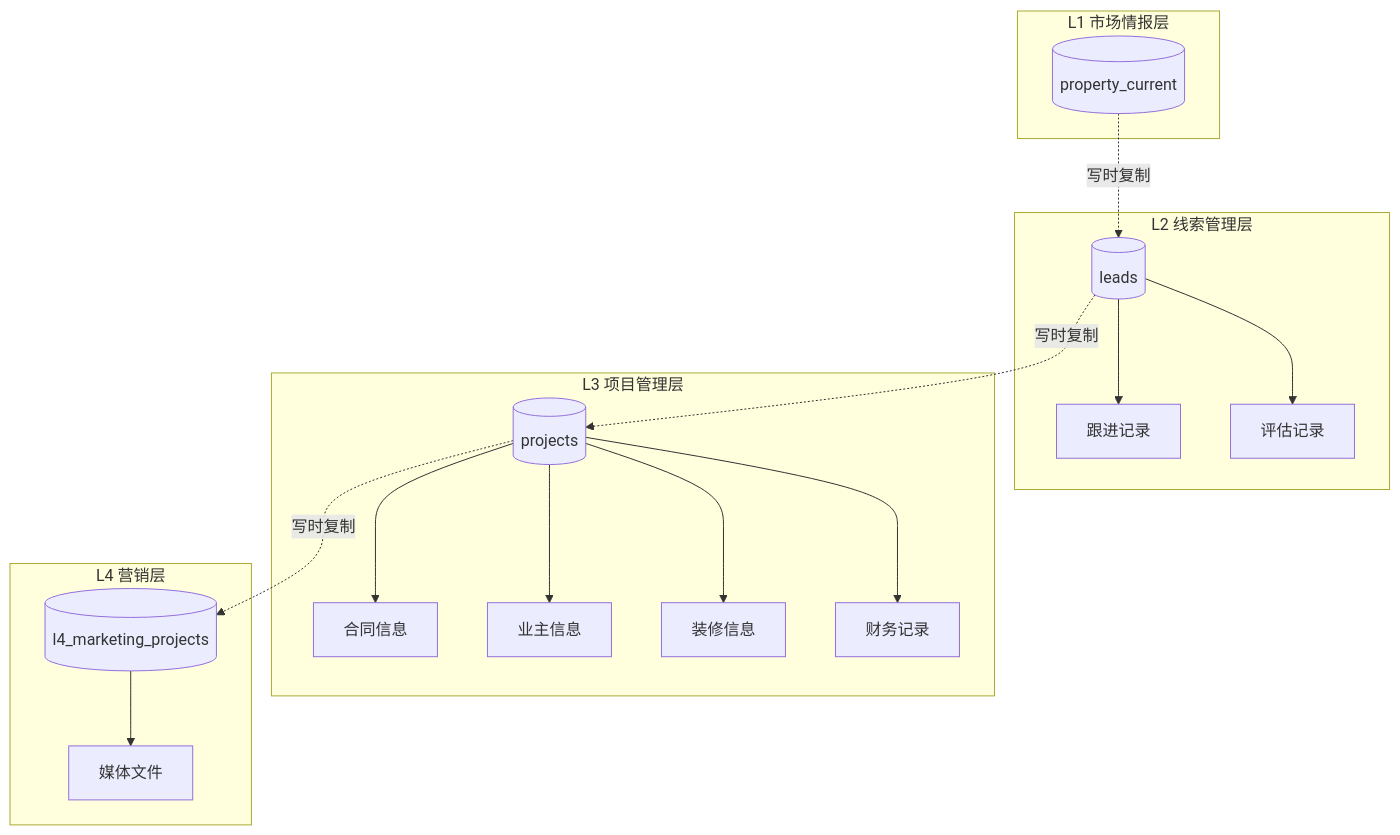
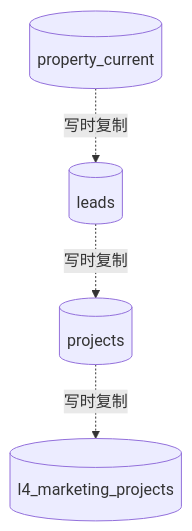
The eighth of 8 diagrams in README.md (kakaoxy/profo), drawn with Mermaid before and after one commit. The commit also changed other lines of this file, not shown here.

````diff
--- a/README.md
+++ b/README.md
@@ -1594,36 +643,11 @@
 ```mermaid
 graph TB
-    subgraph "L1 市场情报层"
-        L1D[(property_current)]
-    end
+    L1[(property_current)]
+    L2[(leads)]
+    L3[(projects)]
+    L4[(l4_marketing_projects)]
 
-    subgraph "L2 线索管理层"
-        L2D[(leads)]
-        L2F[跟进记录]
-        L2E[评估记录]
-    end
-
-    subgraph "L3 项目管理层"
-        L3D[(projects)]
-        L3C[合同信息]
-        L3O[业主信息]
-        L3R[装修信息]
-        L3F[财务记录]
-    end
-
-    subgraph "L4 营销层"
-        L4D[(l4_marketing_projects)]
-        L4M[媒体文件]
-    end
-
-    L1D -.->|写时复制| L2D
-    L2D --> L2F
-    L2D --> L2E
-    L2D -.->|写时复制| L3D
-    L3D --> L3C
-    L3D --> L3O
-    L3D --> L3R
-    L3D --> L3F
-    L3D -.->|写时复制| L4D
-    L4D --> L4M
+    L1 -.->|写时复制| L2
+    L2 -.->|写时复制| L3
+    L3 -.->|写时复制| L4
 ```
````
